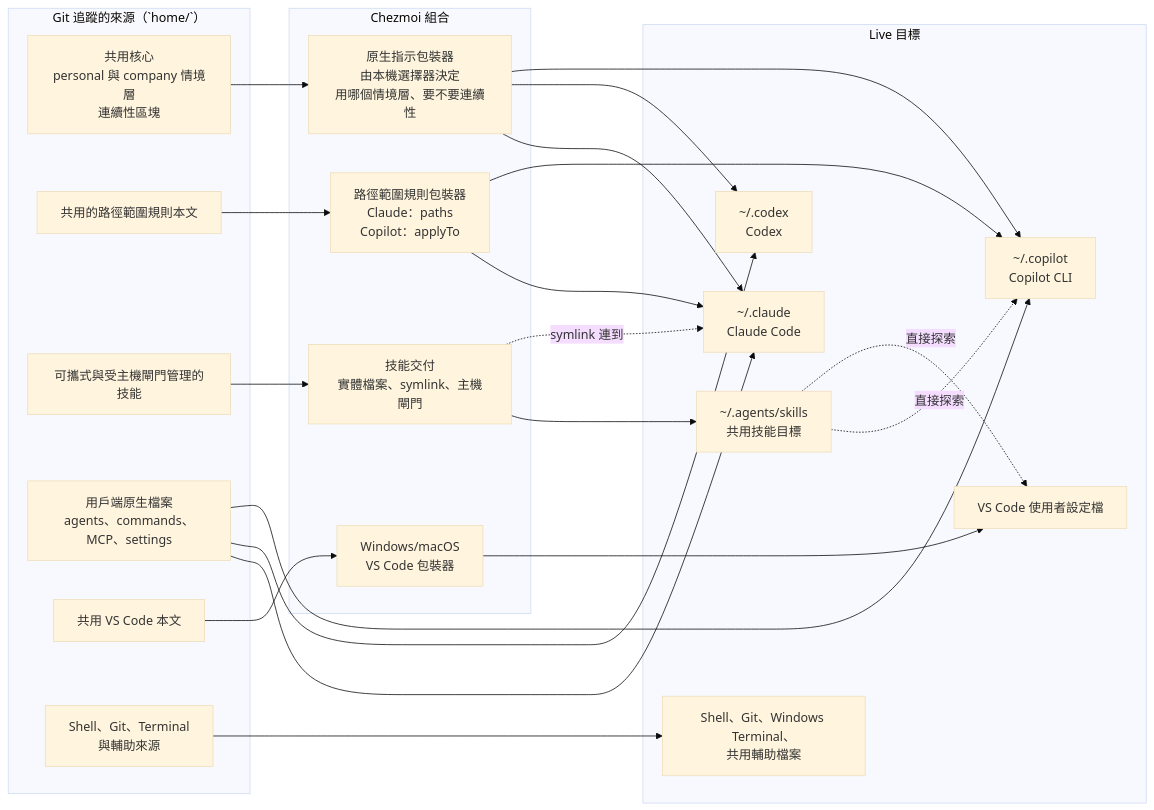
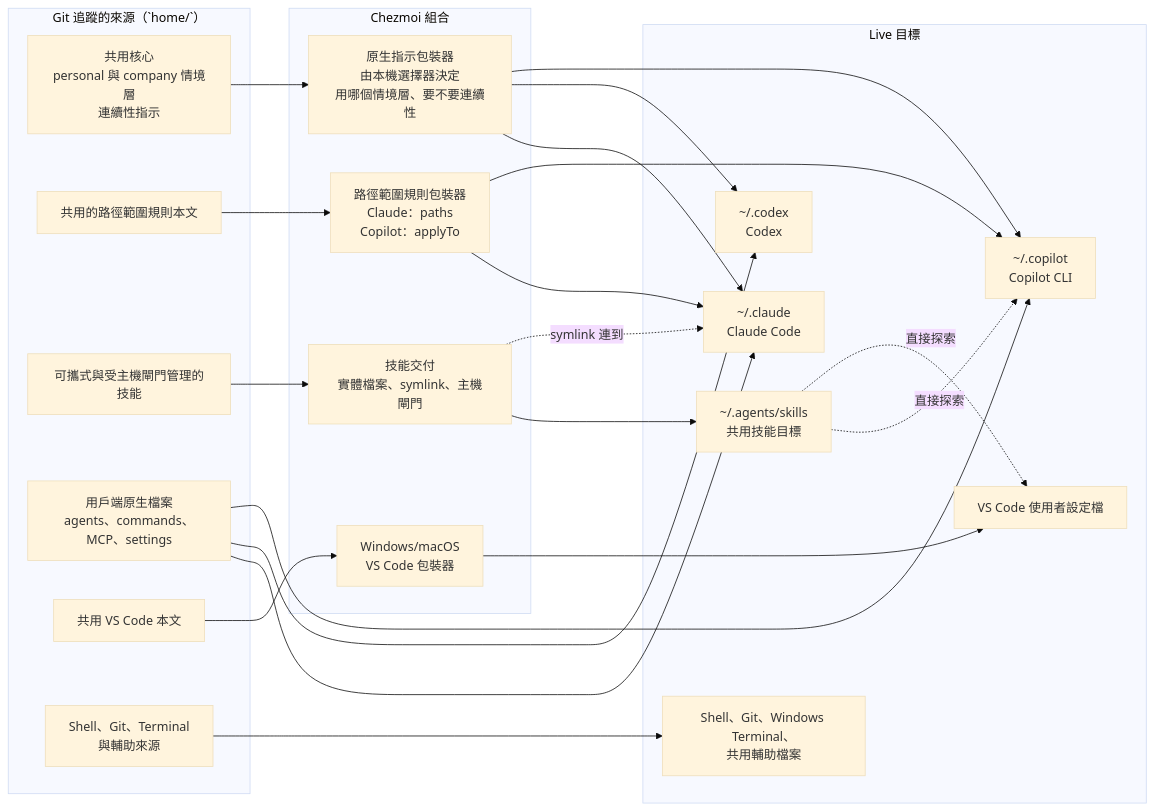
One commit to sherrilla71940/dotfiles changed the first of 3 diagrams in README.zh-TW.md. Above: the diagram before and after it, drawn with Mermaid (base theme). The commit also changed other lines of this file and 1 other file, not shown here.

Commit message:
docs(readme): name the continuity instructions instead of a "block"
"continuity block" was invented jargon and the one label in the source node
that did not say what the thing is. It could be read as a blocking mechanism
or as the state file, when home/.chezmoitemplates/continuity.md holds the
always-on instructions that tell an agent when to create and maintain
.project-continuity/state.md.

"continuity instructions" is already the term the ai_continuity selector row
uses, so this makes the diagram and the shared-content table agree with it.

````diff
--- a/README.zh-TW.md
+++ b/README.zh-TW.md
@@ -110,50 +110,50 @@
 ```mermaid
 flowchart LR
     subgraph source["Git 追蹤的來源（`home/`）"]
-        core["共用核心<br/>personal 與 company 情境層<br/>連續性區塊"]
+        core["共用核心<br/>personal 與 company 情境層<br/>連續性指示"]
         rules["共用的路徑範圍規則本文"]
         skills["可攜式與受主機閘門管理的技能"]
         native["用戶端原生檔案<br/>agents、commands、MCP、settings"]
         vscodeBody["共用 VS Code 本文"]
         platform["Shell、Git、Terminal<br/>與輔助來源"]
     end
 
     subgraph render["Chezmoi 組合"]
         instructionAdapters["原生指示包裝器<br/>由本機選擇器決定<br/>用哪個情境層、要不要連續性"]
         ruleAdapters["路徑範圍規則包裝器<br/>Claude：paths<br/>Copilot：applyTo"]
         skillDelivery["技能交付<br/>實體檔案、symlink、主機閘門"]
         osAdapters["Windows/macOS<br/>VS Code 包裝器"]
     end
 
     subgraph targets["Live 目標"]
         claude["~/.claude<br/>Claude Code"]
         codex["~/.codex<br/>Codex"]
         copilot["~/.copilot<br/>Copilot CLI"]
         agents["~/.agents/skills<br/>共用技能目標"]
         vscode["VS Code 使用者設定檔"]
         other["Shell、Git、Windows Terminal、<br/>共用輔助檔案"]
     end
 
     core --> instructionAdapters
     instructionAdapters --> claude
     instructionAdapters --> codex
     instructionAdapters --> copilot
 
     rules --> ruleAdapters
     ruleAdapters --> claude
     ruleAdapters --> copilot
 
     skills --> skillDelivery
     skillDelivery --> agents
     skillDelivery -.->|"symlink 連到"| claude
 
     native --> claude
     native --> codex
     native --> copilot
 
     vscodeBody --> osAdapters --> vscode
     platform --> other
 
     agents -.->|"直接探索"| copilot
     agents -.->|"直接探索"| vscode
 ```
````
